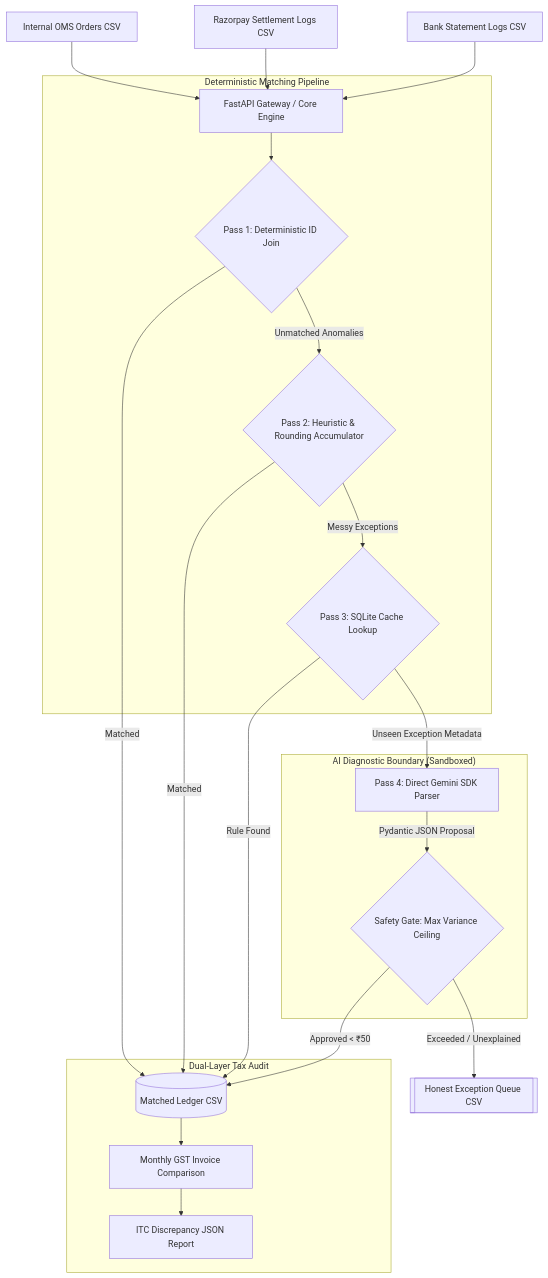
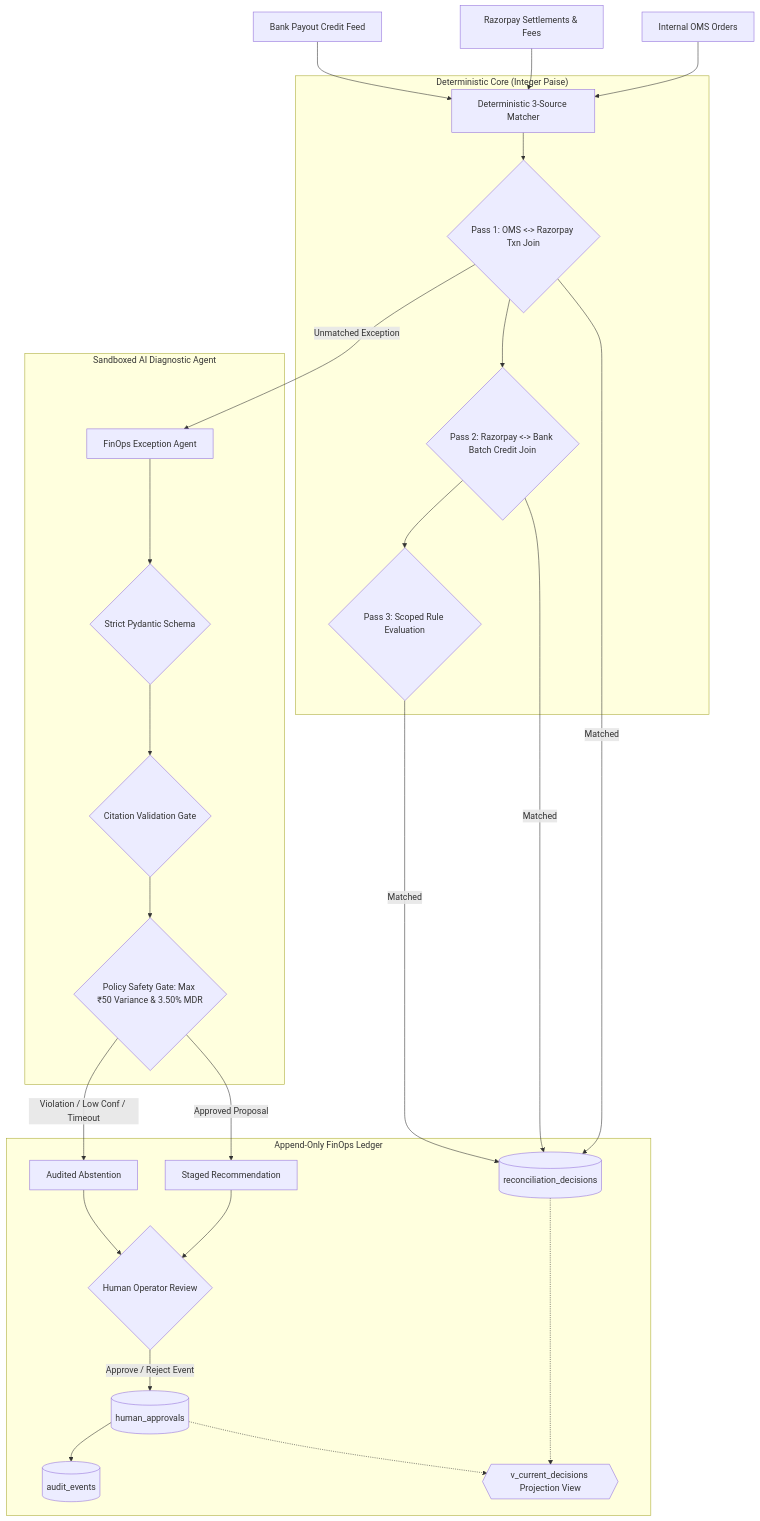
One commit to maazmdx/PaisaGuard changed the diagram in README.md. Above: the diagram before and after it, drawn with Mermaid. The commit also changed other lines of this file and 20 other files, not shown here.

First line of the commit message:
docs(eval): publish official EVALUATION_REPORT.md, modernize README.md and reconcile-ci.yml

````diff
--- a/README.md
+++ b/README.md
@@ -31,28 +40,35 @@
 ```mermaid
 flowchart TD
-    OMS[Internal OMS Orders CSV] --> Core[FastAPI Gateway / Core Engine]
-    RP[Razorpay Settlement Logs CSV] --> Core
-    Bank[Bank Statement Logs CSV] --> Core
+    OMS[Internal OMS Orders] --> Engine[Deterministic 3-Source Matcher]
+    RZP[Razorpay Settlements & Fees] --> Engine
+    Bank[Bank Payout Credit Feed] --> Engine
 
-    subgraph "Deterministic Matching Pipeline"
-        Core --> Pass1{Pass 1: Deterministic ID Join}
-        Pass1 -->|Unmatched Anomalies| Pass2{Pass 2: Heuristic & Rounding Accumulator}
-        Pass2 -->|Messy Exceptions| Pass3{Pass 3: SQLite Cache Lookup}
+    subgraph "Deterministic Core (Integer Paise)"
+        Engine --> Pass1{Pass 1: OMS <-> Razorpay Txn Join}
+        Pass1 --> Pass2{Pass 2: Razorpay <-> Bank Batch Credit Join}
+        Pass2 --> Pass3{Pass 3: Scoped Rule Evaluation}
     end
 
-    subgraph "AI Diagnostic Boundary (Sandboxed)"
-        Pass3 -->|Unseen Exception Metadata| Pass4[Pass 4: Direct Gemini SDK Parser]
-        Pass4 -->|Pydantic JSON Proposal| SafetyGate{Safety Gate: Max Variance Ceiling}
+    Pass1 -->|Matched| DecTable[(reconciliation_decisions)]
+    Pass2 -->|Matched| DecTable
+    Pass3 -->|Matched| DecTable
+
+    subgraph "Sandboxed AI Diagnostic Agent"
+        Pass1 -->|Unmatched Exception| Agent[FinOps Exception Agent]
+        Agent --> SchemaCheck{Strict Pydantic Schema}
+        SchemaCheck --> CitCheck{Citation Validation Gate}
+        CitCheck --> PolicyGate{Policy Safety Gate: Max ₹50 Variance & 3.50% MDR}
     end
 
-    Pass1 -->|Matched| Ledger[(Matched Ledger CSV)]
-    Pass2 -->|Matched| Ledger
-    Pass3 -->|Rule Found| Ledger
-    SafetyGate -->|Approved < ₹50| Ledger
-    SafetyGate -->|Exceeded / Unexplained| Queue[[Honest Exception Queue CSV]]
-    
-    subgraph "Dual-Layer Tax Audit"
-        Ledger --> GSTAudit[Monthly GST Invoice Comparison]
-        GSTAudit --> TaxReport[ITC Discrepancy JSON Report]
+    PolicyGate -->|Approved Proposal| Staged[Staged Recommendation]
+    PolicyGate -->|Violation / Low Conf / Timeout| Abstain[Audited Abstention]
+
+    subgraph "Append-Only FinOps Ledger"
+        Staged --> HumanApp{Human Operator Review}
+        Abstain --> HumanApp
+        HumanApp -->|Approve / Reject Event| AppTable[(human_approvals)]
+        AppTable --> AuditLog[(audit_events)]
+        DecTable -.-> ProjView{{v_current_decisions Projection View}}
+        AppTable -.-> ProjView
     end
 ```
````
